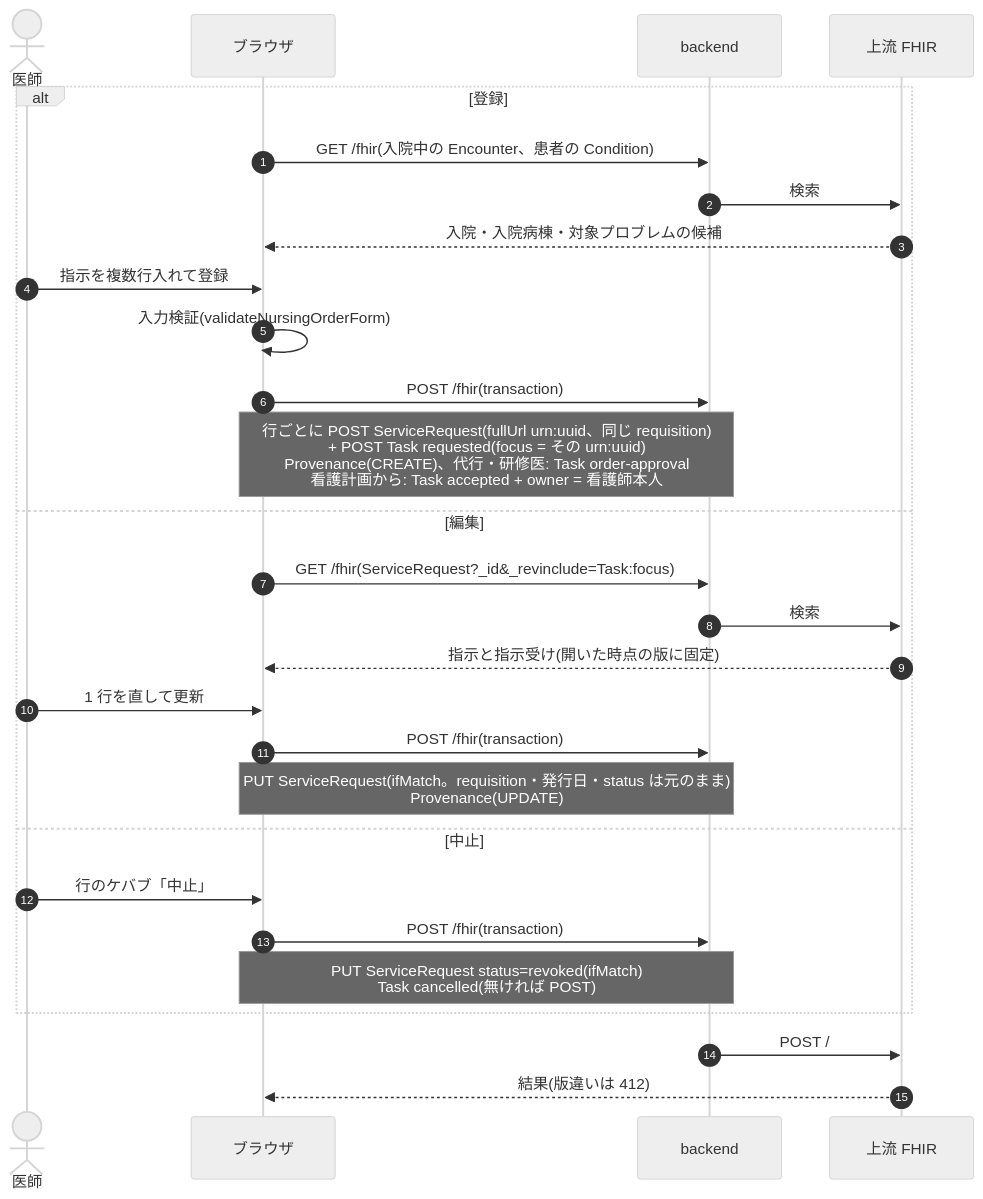
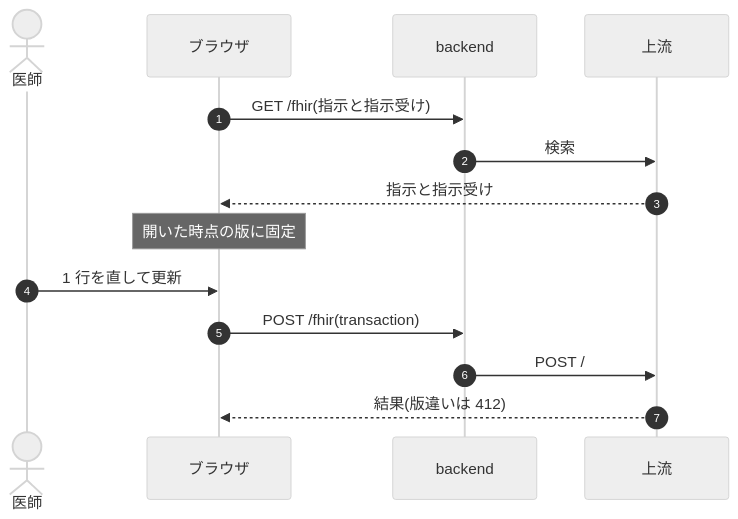
Before and after one commit to ysnr-dev/fhir-client-docs: the second of 10 diagrams in docs/dev/nursing.md, drawn with Mermaid (neutral theme). The commit also changed other lines of this file and 43 other files, not shown here.

Commit message:
docs: 業務フローとシーケンス図を写し直し

````diff
--- a/docs/dev/nursing.md
+++ b/docs/dev/nursing.md
@@ -59,31 +156,17 @@
 ```mermaid
 sequenceDiagram
   autonumber
   actor Dr as 医師
   participant UI as ブラウザ
   participant BE as backend
-  participant FHIR as 上流 FHIR
+  participant FHIR as 上流
 
-  alt 登録
-    UI->>BE: GET /fhir(入院中の Encounter、患者の Condition)
-    BE->>FHIR: 検索
-    FHIR-->>UI: 入院・入院病棟・対象プロブレムの候補
-    Dr->>UI: 指示を複数行入れて登録
-    UI->>UI: 入力検証(validateNursingOrderForm)
-    UI->>BE: POST /fhir(transaction)
-    Note over UI,BE: 行ごとに POST ServiceRequest(fullUrl urn:uuid、同じ requisition)<br/>+ POST Task requested(focus = その urn:uuid)<br/>Provenance(CREATE)、代行・研修医: Task order-approval<br/>看護計画から: Task accepted + owner = 看護師本人
-  else 編集
-    UI->>BE: GET /fhir(ServiceRequest?_id&_revinclude=Task:focus)
-    BE->>FHIR: 検索
-    FHIR-->>UI: 指示と指示受け(開いた時点の版に固定)
-    Dr->>UI: 1 行を直して更新
-    UI->>BE: POST /fhir(transaction)
-    Note over UI,BE: PUT ServiceRequest(ifMatch。requisition・発行日・status は元のまま)<br/>Provenance(UPDATE)
-  else 中止
-    Dr->>UI: 行のケバブ「中止」
-    UI->>BE: POST /fhir(transaction)
-    Note over UI,BE: PUT ServiceRequest status=revoked(ifMatch)<br/>Task cancelled(無ければ POST)
-  end
+  UI->>BE: GET /fhir(指示と指示受け)
+  BE->>FHIR: 検索
+  FHIR-->>UI: 指示と指示受け
+  Note over UI: 開いた時点の版に固定
+  Dr->>UI: 1 行を直して更新
+  UI->>BE: POST /fhir(transaction)
   BE->>FHIR: POST /
   FHIR-->>UI: 結果(版違いは 412)
 ```
````
